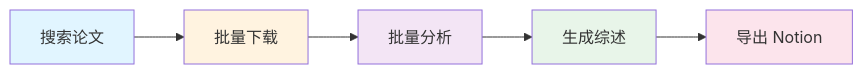
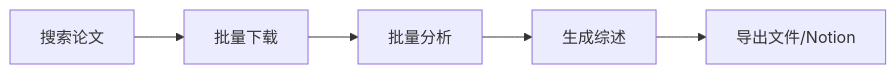
Before and after one commit to ydzat/literature-review-mcp: the diagram in README.md, drawn with Mermaid. The commit also changed other lines of this file, not shown here.

````diff
--- a/README.md
+++ b/README.md
@@ -500,13 +189,7 @@
 ```mermaid
 graph LR
     A[搜索论文] --> B[批量下载]
     B --> C[批量分析]
     C --> D[生成综述]
-    D --> E[导出 Notion]
-
-    style A fill:#e1f5ff
-    style B fill:#fff3e0
-    style C fill:#f3e5f5
-    style D fill:#e8f5e9
-    style E fill:#fce4ec
+    D --> E[导出文件/Notion]
 ```
````
